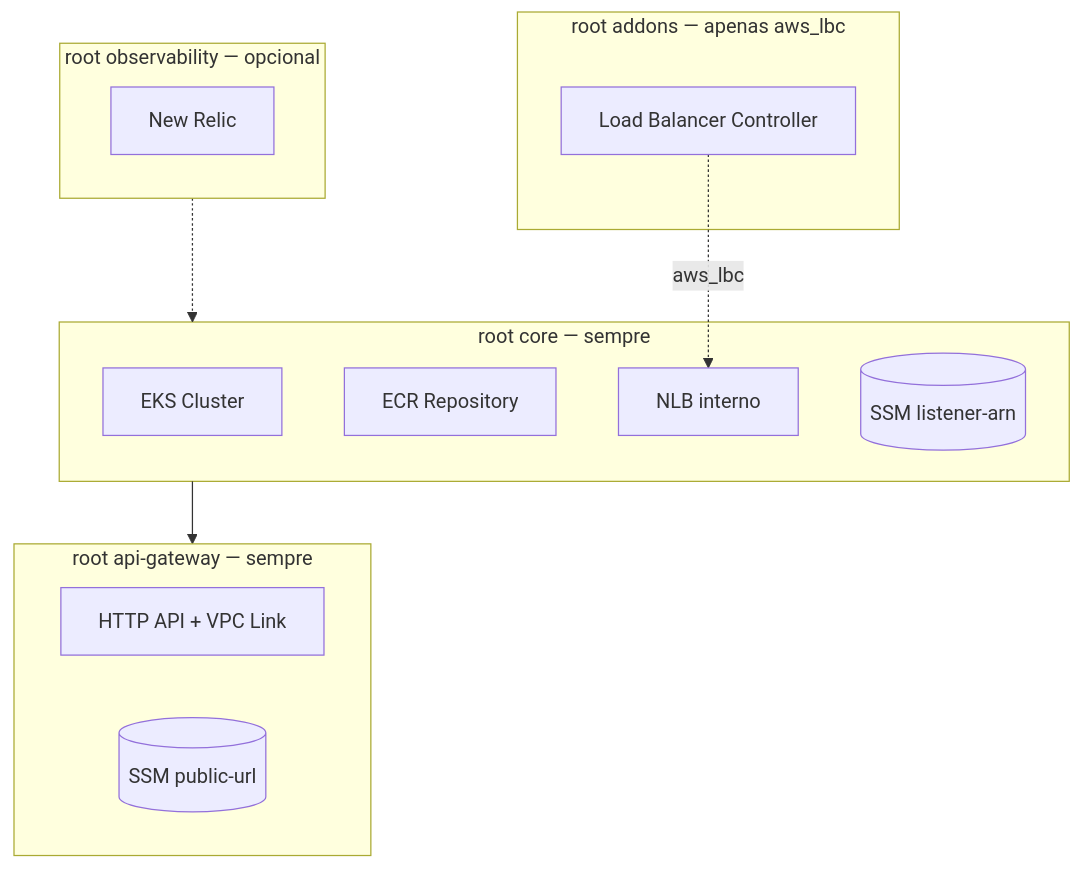
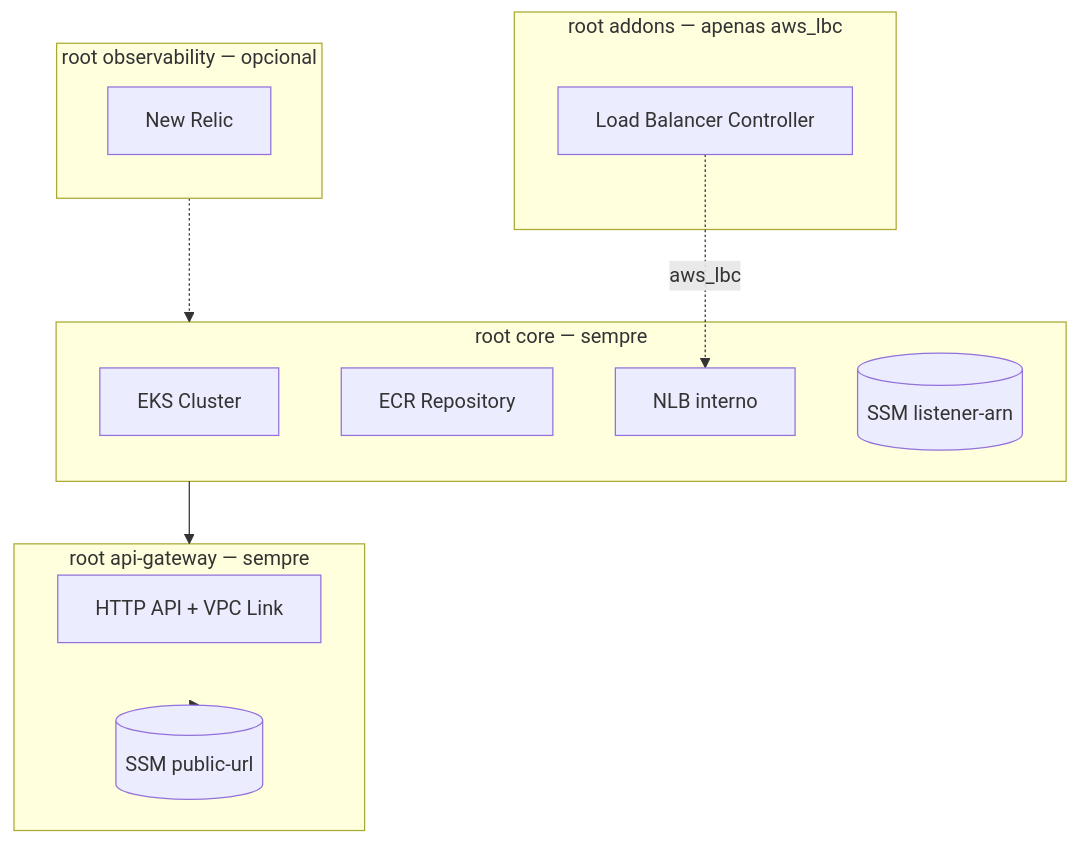
Before and after one commit to fabianorodrigues/oficina-infra-k8s: the second of 2 diagrams in README.md, drawn with Mermaid. The commit also changed other lines of this file, not shown here.

````diff
--- a/README.md
+++ b/README.md
@@ -50,22 +51,23 @@
 ```mermaid
 graph TB
   subgraph CORE[root core — sempre]
     EKS[EKS Cluster]
     ECR[ECR Repository]
-    NLB[NLB interno]
+    NLB_TF[NLB interno]
     SSM1[(SSM listener-arn)]
   end
   subgraph ADDONS[root addons — apenas aws_lbc]
     LBC[Load Balancer Controller]
   end
   subgraph APIGW[root api-gateway — sempre]
     HTTP[HTTP API + VPC Link]
     SSM2[(SSM public-url)]
   end
   subgraph OBS[root observability — opcional]
     NR[New Relic]
   end
   CORE --> APIGW
-  LBC -.aws_lbc.-> NLB
+  LBC -.aws_lbc.-> NLB_TF
+  APIGW --> SSM2
   OBS -.-> CORE
 ```
````
